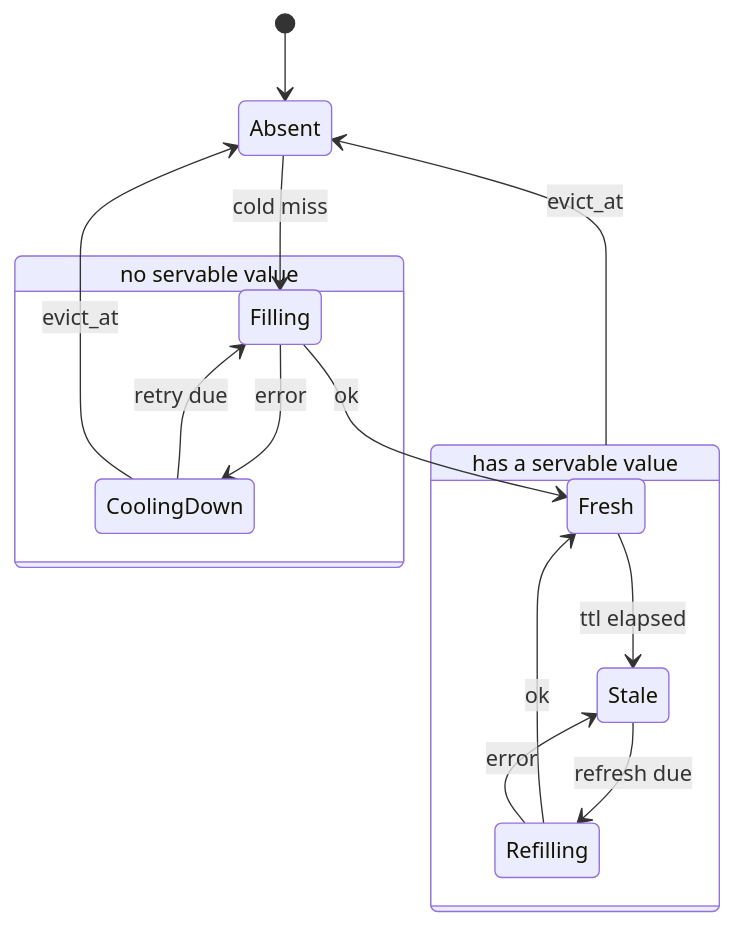
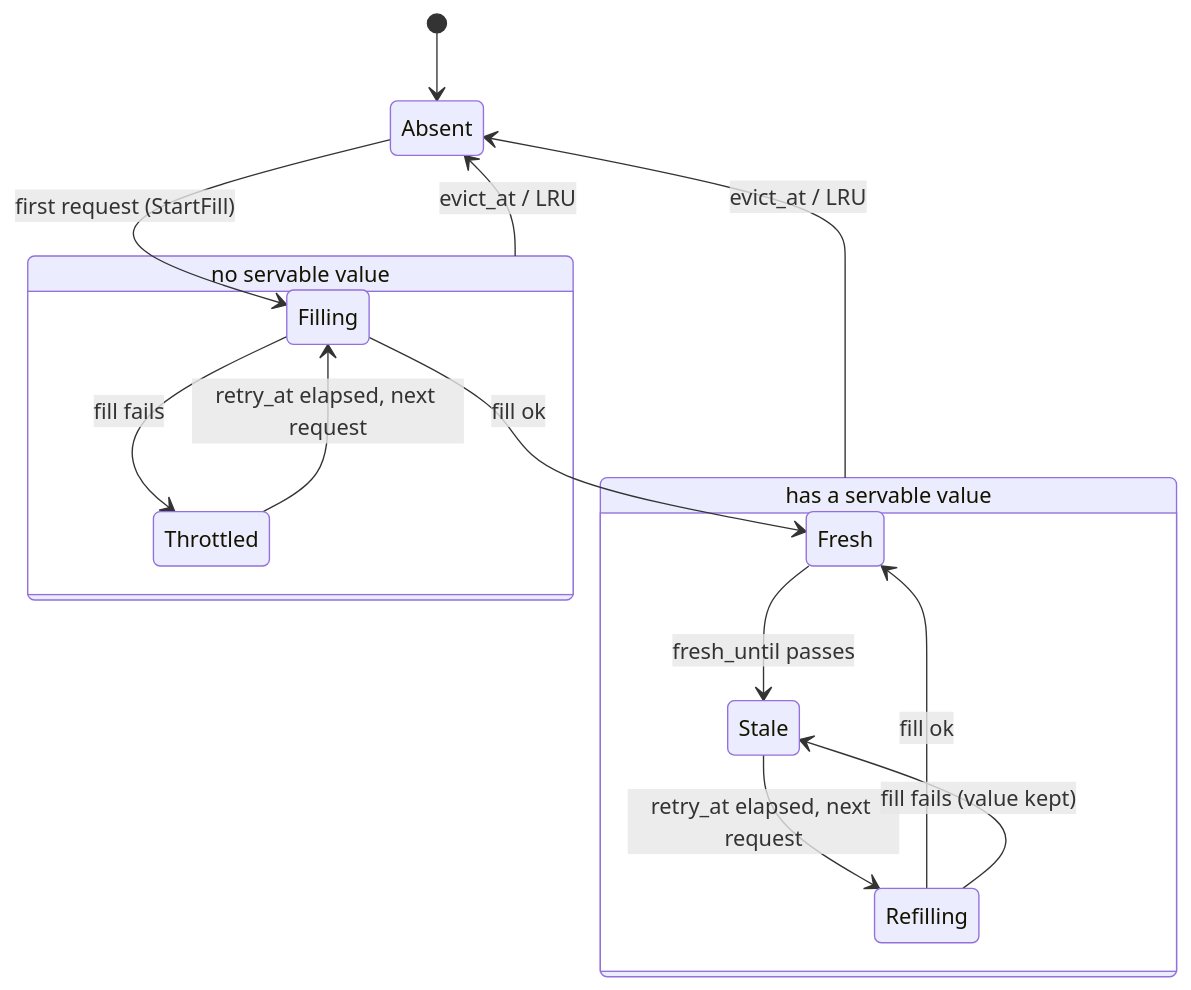
The second of 7 diagrams in docs/ongoing/openid-sso-prod-readiness.md (sea-snake/internet-identity), drawn with Mermaid before and after one commit. The commit also changed other lines of this file, not shown here.

````diff
--- a/docs/ongoing/openid-sso-prod-readiness.md
+++ b/docs/ongoing/openid-sso-prod-readiness.md
@@ -357,21 +371,20 @@
 ```mermaid
 stateDiagram-v2
     [*] --> Absent
-    Absent --> Filling: cold miss
+    Absent --> Filling: first request (StartFill)
 
     state "no servable value" as NoVal {
-        Filling --> CoolingDown: error
-        CoolingDown --> Filling: retry due
+        Filling --> Throttled: fill fails
+        Throttled --> Filling: retry_at elapsed, next request
+    }
+    state "has a servable value" as HasVal {
+        Fresh --> Stale: fresh_until passes
+        Stale --> Refilling: retry_at elapsed, next request
+        Refilling --> Fresh: fill ok
+        Refilling --> Stale: fill fails (value kept)
     }
 
-    state "has a servable value" as HasVal {
-        Fresh --> Stale: ttl elapsed
-        Stale --> Refilling: refresh due
-        Refilling --> Fresh: ok
-        Refilling --> Stale: error
-    }
-
-    Filling --> Fresh: ok
-    HasVal --> Absent: evict_at
-    CoolingDown --> Absent: evict_at
+    Filling --> Fresh: fill ok
+    HasVal --> Absent: evict_at / LRU
+    NoVal --> Absent: evict_at / LRU
 ```
````
